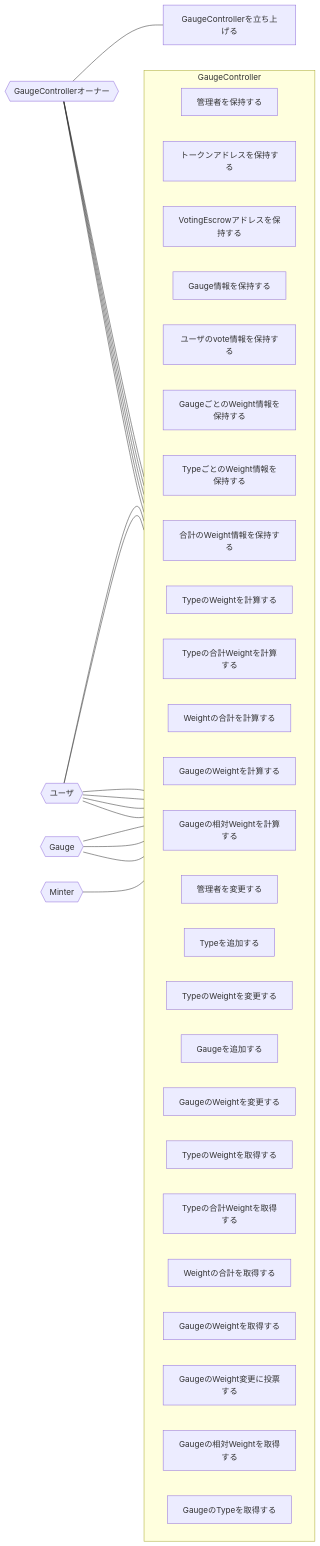
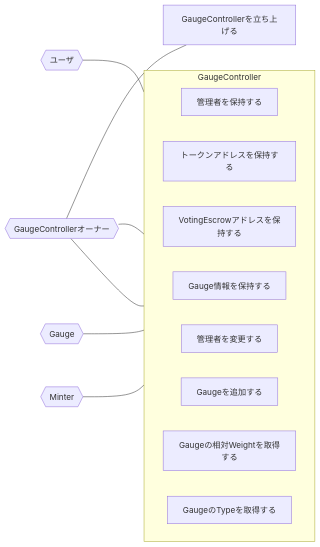
One commit to DeFiGeek-Community/yamawake changed the diagram in doc/ja/GaugeController/usecase.md. Above: the diagram before and after it, drawn with Mermaid. The commit also changed other lines of this file and 1 other file, not shown here.

Commit message:
Updated docs for GaugeController

````diff
--- a/doc/ja/GaugeController/usecase.md
+++ b/doc/ja/GaugeController/usecase.md
@@ -52,48 +37,21 @@
     token[トークンアドレスを保持する]
     escrow[VotingEscrowアドレスを保持する]
     gauge[Gauge情報を保持する]
-    ve[ユーザのvote情報を保持する]
-    gauge_weight[GaugeごとのWeight情報を保持する]
-    type_weight[TypeごとのWeight情報を保持する]
-    weight[合計のWeight情報を保持する]
-    calc_type_weight[TypeのWeightを計算する]
-    calc_type_weight_sum[Typeの合計Weightを計算する]
-    calc_weight_sum[Weightの合計を計算する]
-    calc_gauge_weight[GaugeのWeightを計算する]
-    calc_gauge_rel_weight[Gaugeの相対Weightを計算する]
 
     deploy[GaugeControllerを立ち上げる]
     change_admin[管理者を変更する]
-    add_type[Typeを追加する]
-    change_type_weight[TypeのWeightを変更する]
     add_gauge[Gaugeを追加する]
-    change_gauge_weight[GaugeのWeightを変更する]
 
-    get_type_weight[TypeのWeightを取得する]
-    get_type_weight_sum[Typeの合計Weightを取得する]
-    get_weight_sum[Weightの合計を取得する]
-    get_gauge_weight[GaugeのWeightを取得する]
-    vote_gauge_weight[GaugeのWeight変更に投票する]
     get_gauge_rel_weight[Gaugeの相対Weightを取得する]
     get_gauge_type[GaugeのTypeを取得する]
 
     owner --- deploy
     owner --- change_admin
-    owner --- add_type
-    owner --- change_type_weight
     owner --- add_gauge
-    owner --- change_gauge_weight
 
-    user --- get_type_weight
-    user --- get_type_weight_sum
-    user --- get_weight_sum
-    user --- get_gauge_weight
-    user --- vote_gauge_weight
     user --- get_gauge_rel_weight
 
     gauge_ --- get_gauge_rel_weight
-    gauge_ --- calc_gauge_weight
-    gauge_ --- calc_weight_sum
 
     minter --- get_gauge_type
 
@@ -103,28 +61,11 @@
         token
         escrow
         gauge
-        ve
-        gauge_weight
-        type_weight
-        weight
-        calc_type_weight
-        calc_type_weight_sum
-        calc_weight_sum
-        calc_gauge_weight
-        calc_gauge_rel_weight
 
         get_gauge_type
-        get_type_weight
-        get_type_weight_sum
-        get_weight_sum
-        get_gauge_weight
-        vote_gauge_weight
         get_gauge_rel_weight
 
         change_admin
-        add_type
-        change_type_weight
         add_gauge
-        change_gauge_weight
     end
 ```
````
